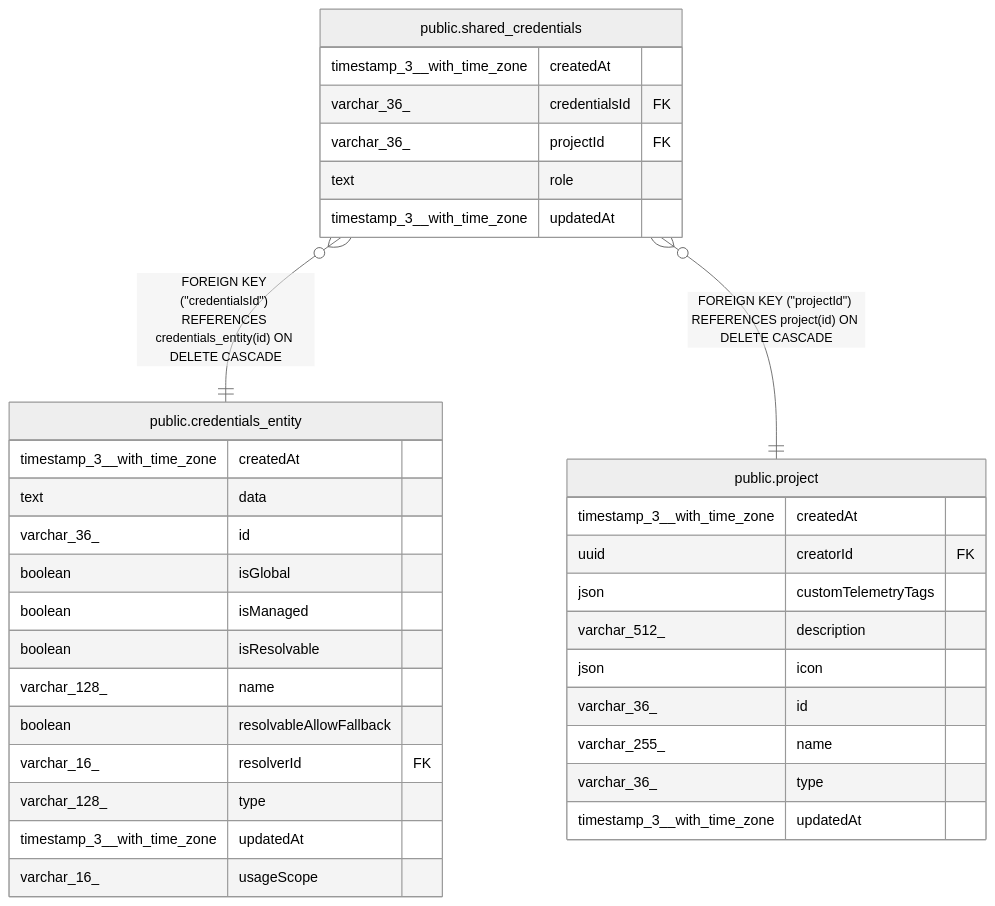
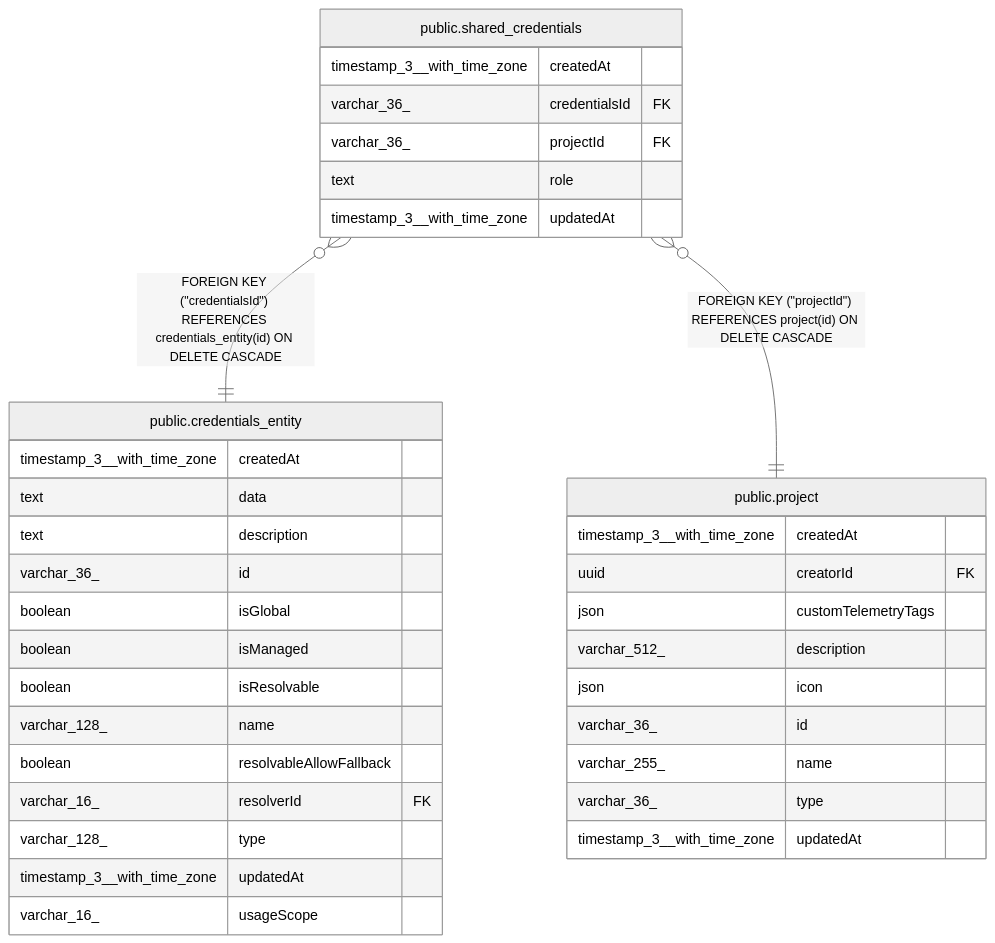
Before and after one commit to Tanishq-1/all-global-plugin: the diagram in universal-plugin/backend/oss/n8n/docs/generated/postgres-schema/public.shared_credentials.md, drawn with Mermaid (neutral theme). The commit also changed 2428 other files, not shown here.

````diff
--- a/universal-plugin/backend/oss/n8n/docs/generated/postgres-schema/public.shared_credentials.md
+++ b/universal-plugin/backend/oss/n8n/docs/generated/postgres-schema/public.shared_credentials.md
@@ -34,39 +34,40 @@
 ```mermaid
 erDiagram
 
 "public.shared_credentials" }o--|| "public.credentials_entity" : "FOREIGN KEY (#quot;credentialsId#quot;) REFERENCES credentials_entity(id) ON DELETE CASCADE"
 "public.shared_credentials" }o--|| "public.project" : "FOREIGN KEY (#quot;projectId#quot;) REFERENCES project(id) ON DELETE CASCADE"
 
 "public.shared_credentials" {
   timestamp_3__with_time_zone createdAt
   varchar_36_ credentialsId FK
   varchar_36_ projectId FK
   text role
   timestamp_3__with_time_zone updatedAt
 }
 "public.credentials_entity" {
   timestamp_3__with_time_zone createdAt
   text data
+  text description
   varchar_36_ id
   boolean isGlobal
   boolean isManaged
   boolean isResolvable
   varchar_128_ name
   boolean resolvableAllowFallback
   varchar_16_ resolverId FK
   varchar_128_ type
   timestamp_3__with_time_zone updatedAt
   varchar_16_ usageScope
 }
 "public.project" {
   timestamp_3__with_time_zone createdAt
   uuid creatorId FK
   json customTelemetryTags
   varchar_512_ description
   json icon
   varchar_36_ id
   varchar_255_ name
   varchar_36_ type
   timestamp_3__with_time_zone updatedAt
 }
 ```
````
